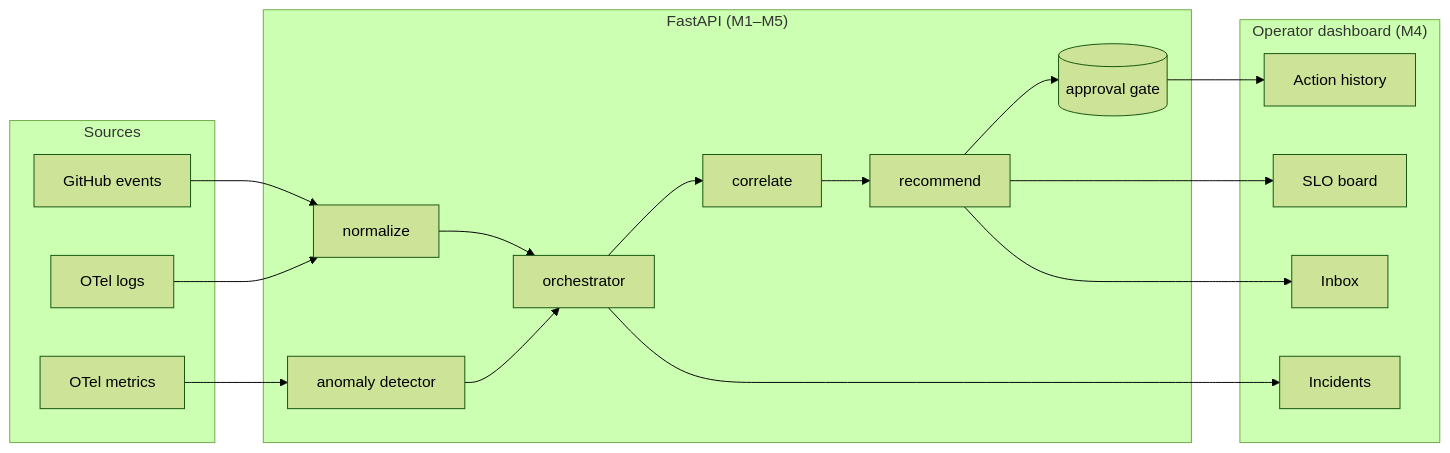
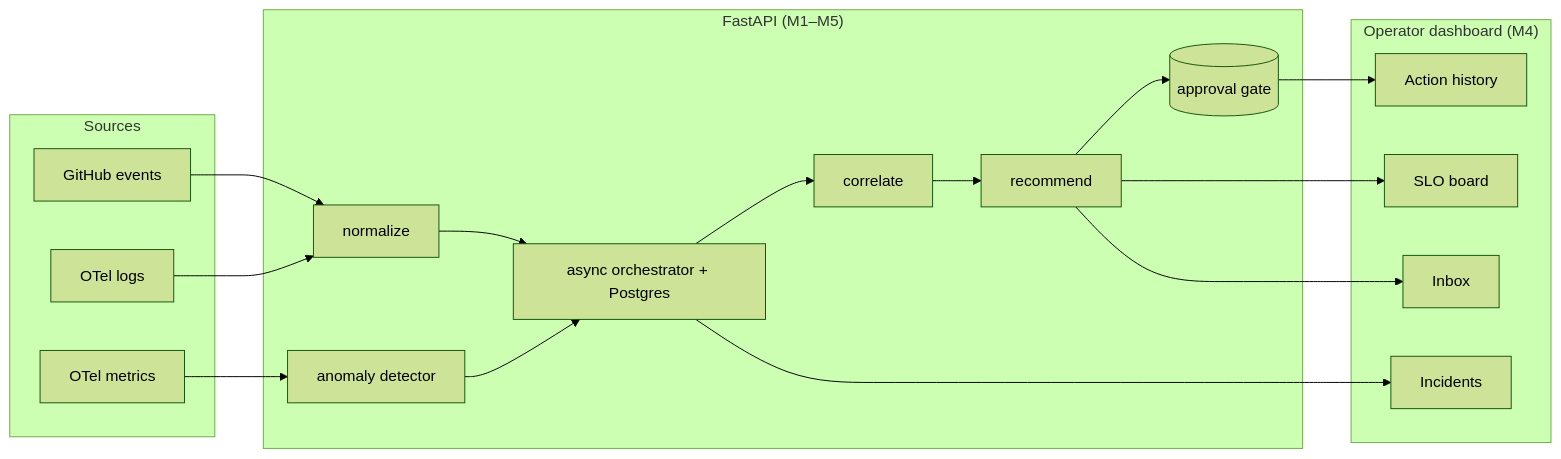
The diagram in README.md (Ibrahim4594/OpsGraph-A), drawn with Mermaid (forest theme) before and after one commit. The commit also changed other lines of this file and 44 other files, not shown here.

````diff
--- a/README.md
+++ b/README.md
@@ -68,28 +75,28 @@
 ```mermaid
 flowchart LR
   subgraph Sources
     GH[GitHub events]
     OL[OTel logs]
     OM[OTel metrics]
   end
   subgraph Backend["FastAPI (M1–M5)"]
-    NORM[normalize] --> ORCH[orchestrator]
+    NORM[normalize] --> ORCH[async orchestrator + Postgres]
     DET[anomaly detector] --> ORCH
     ORCH --> CORR[correlate]
     CORR --> REC[recommend]
     REC --> APP[(approval gate)]
   end
   subgraph UI["Operator dashboard (M4)"]
     SLO[SLO board]
     INC[Incidents]
     INBOX[Inbox]
     HIST[Action history]
   end
   GH --> NORM
   OL --> NORM
   OM --> DET
   REC --> SLO
   REC --> INBOX
   ORCH --> INC
   APP --> HIST
 ```
````
